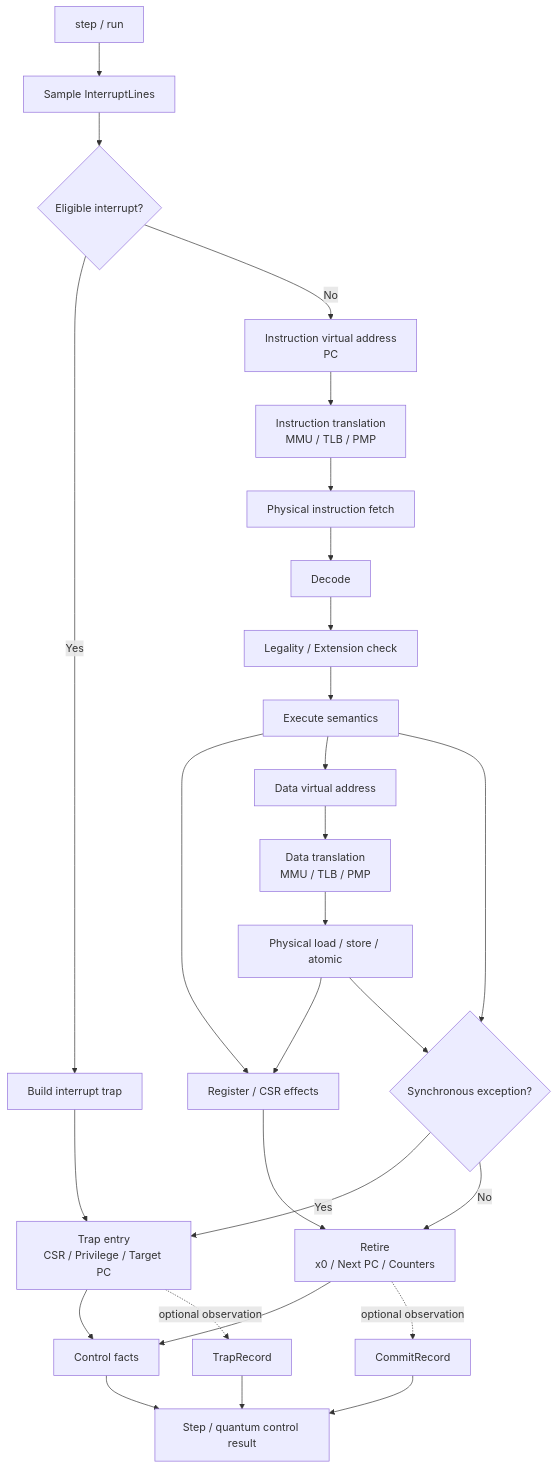
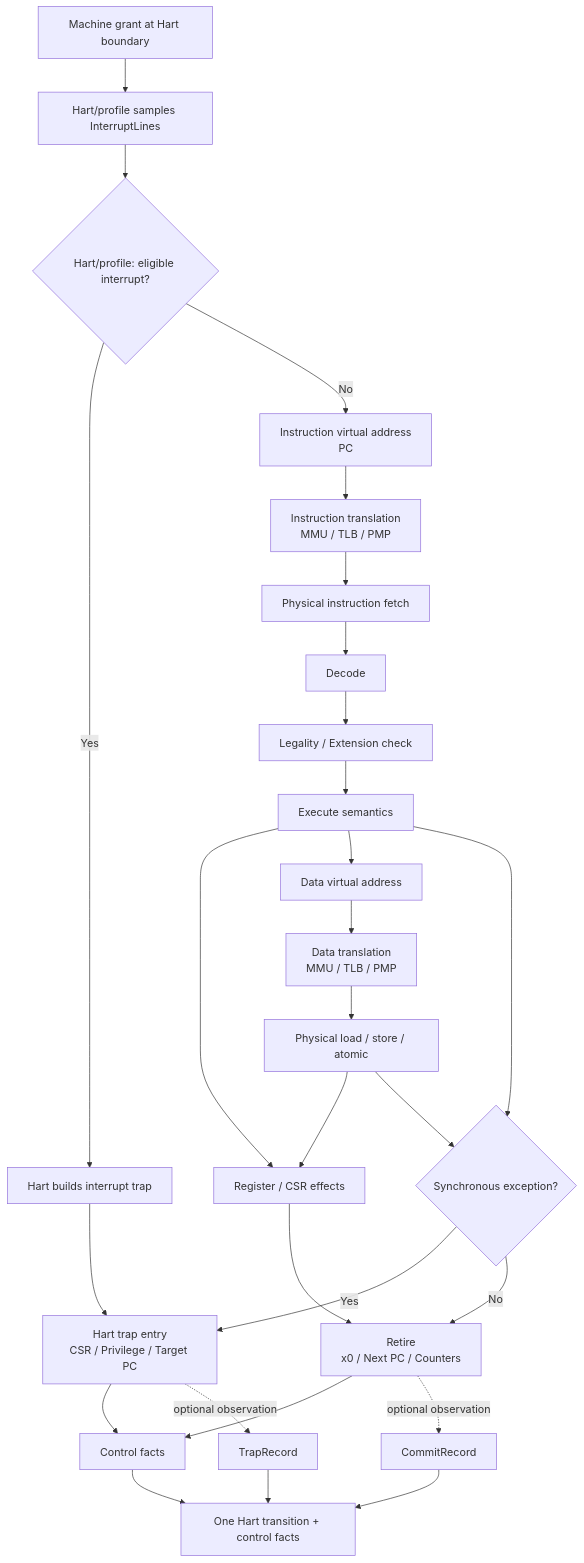
Before and after one commit to mimiqdev/ruscv-sim: the fourth of 8 diagrams in docs/architecture/README.md, drawn with Mermaid. The commit also changed other lines of this file and 6 other files, not shown here.

Commit message:
docs(architecture): re-home ISA ownership boundaries

````diff
--- a/docs/architecture/README.md
+++ b/docs/architecture/README.md
@@ -147,33 +147,33 @@
 ```mermaid
 flowchart TB
-    ENTRY["step / run"] --> SAMPLE["Sample InterruptLines"]
-    SAMPLE --> PENDING{"Eligible interrupt?"}
-    PENDING -- Yes --> INTR["Build interrupt trap"]
-    INTR --> TRAP["Trap entry<br/>CSR / Privilege / Target PC"]
+    ENTRY["Machine grant at Hart boundary"] --> SAMPLE["Hart/profile samples InterruptLines"]
+    SAMPLE --> PENDING{"Hart/profile: eligible interrupt?"}
+    PENDING -- Yes --> INTR["Hart builds interrupt trap"]
+    INTR --> TRAP["Hart trap entry<br/>CSR / Privilege / Target PC"]
 
     PENDING -- No --> FETCHVA["Instruction virtual address<br/>PC"]
     FETCHVA --> IMMU["Instruction translation<br/>MMU / TLB / PMP"]
     IMMU --> FETCHPA["Physical instruction fetch"]
     FETCHPA --> DECODE["Decode"]
     DECODE --> CHECK["Legality / Extension check"]
     CHECK --> EXEC["Execute semantics"]
 
     EXEC --> REG["Register / CSR effects"]
     EXEC --> MEMVA["Data virtual address"]
     MEMVA --> DMMU["Data translation<br/>MMU / TLB / PMP"]
     DMMU --> MEMPA["Physical load / store / atomic"]
     MEMPA --> REG
 
     EXEC --> EXCEPTION{"Synchronous exception?"}
     MEMPA --> EXCEPTION
     EXCEPTION -- Yes --> TRAP
     EXCEPTION -- No --> RETIRE["Retire<br/>x0 / Next PC / Counters"]
     REG --> RETIRE
     RETIRE --> CTRL["Control facts"]
     TRAP --> CTRL
     RETIRE -. optional observation .-> COMMIT["CommitRecord"]
     TRAP -. optional observation .-> TRAPREC["TrapRecord"]
-    CTRL --> OUT["Step / quantum control result"]
+    CTRL --> OUT["One Hart transition + control facts"]
     COMMIT --> OUT
     TRAPREC --> OUT
 ```
````
